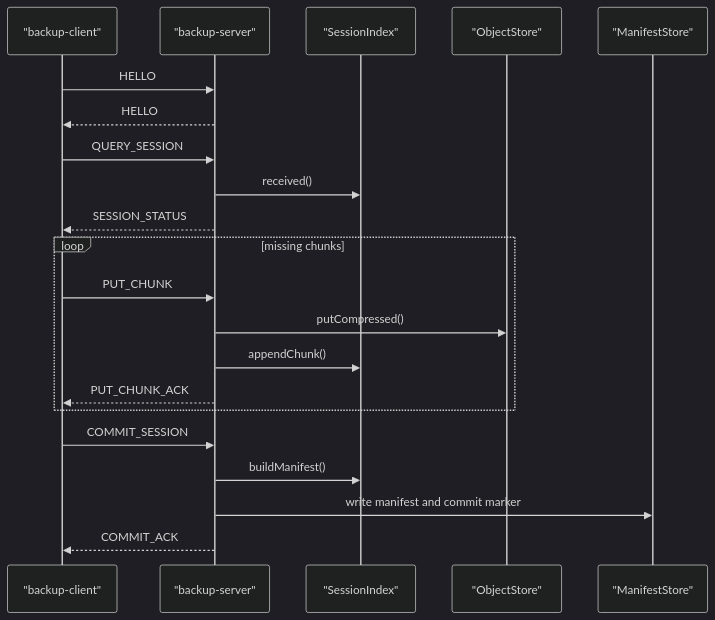
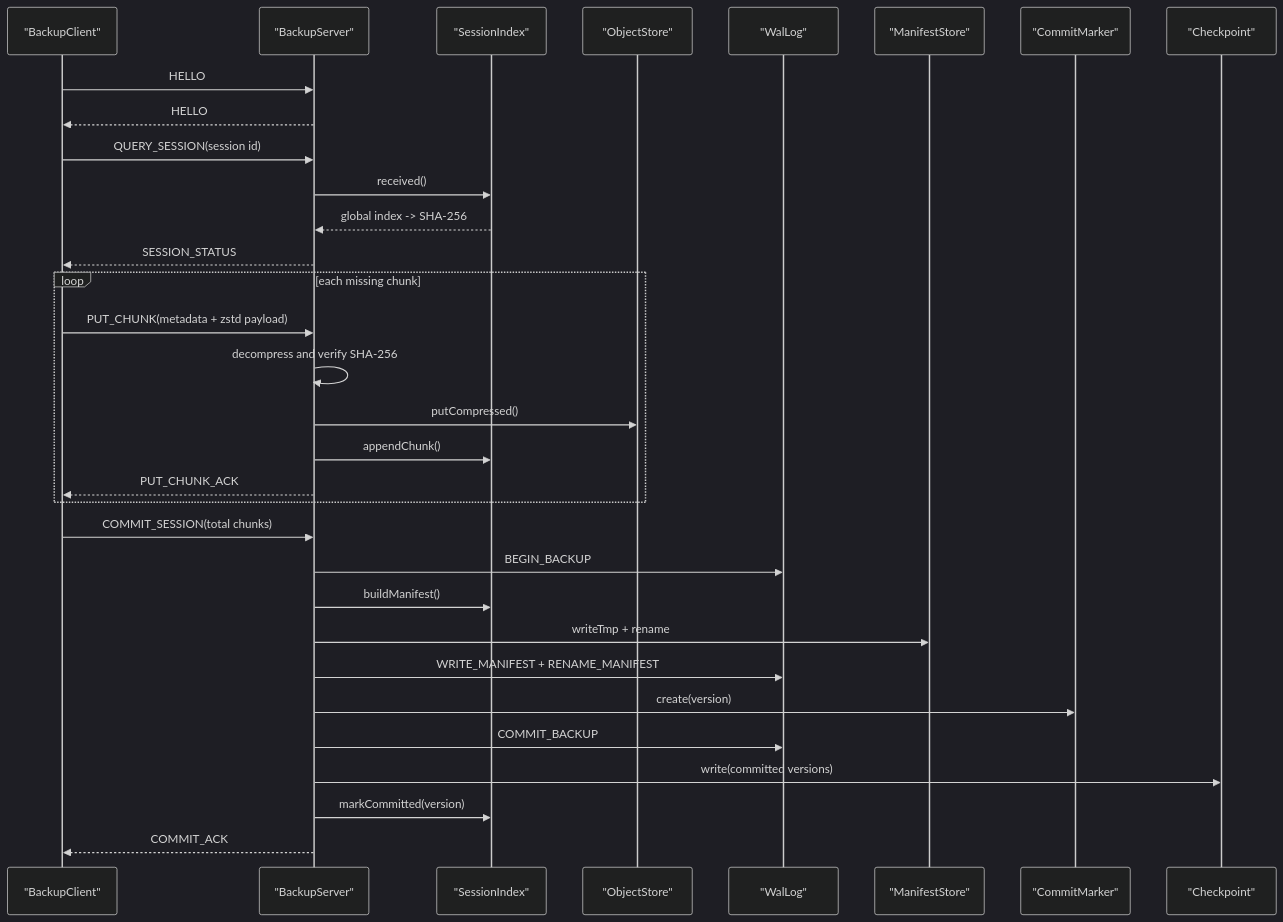
The fourth of 7 diagrams in docs/diagrams.md (JiaChangGit/cpp-data-protection-core), drawn with Mermaid (dark theme) before and after one commit. The commit also changed other lines of this file and 23 other files, not shown here.

````diff
--- a/docs/diagrams.md
+++ b/docs/diagrams.md
@@ -78,24 +99,35 @@
 ```mermaid
 sequenceDiagram
-    participant C as "backup-client"
-    participant S as "backup-server"
+    participant C as "BackupClient"
+    participant S as "BackupServer"
     participant SI as "SessionIndex"
     participant OS as "ObjectStore"
+    participant WAL as "WalLog"
     participant MS as "ManifestStore"
+    participant CM as "CommitMarker"
+    participant CP as "Checkpoint"
 
     C->>S: HELLO
     S-->>C: HELLO
-    C->>S: QUERY_SESSION
+    C->>S: QUERY_SESSION(session id)
     S->>SI: received()
+    SI-->>S: global index -> SHA-256
     S-->>C: SESSION_STATUS
-    loop missing chunks
-        C->>S: PUT_CHUNK
+    loop each missing chunk
+        C->>S: PUT_CHUNK(metadata + zstd payload)
+        S->>S: decompress and verify SHA-256
         S->>OS: putCompressed()
         S->>SI: appendChunk()
         S-->>C: PUT_CHUNK_ACK
     end
-    C->>S: COMMIT_SESSION
+    C->>S: COMMIT_SESSION(total chunks)
+    S->>WAL: BEGIN_BACKUP
     S->>SI: buildManifest()
-    S->>MS: write manifest and commit marker
+    S->>MS: writeTmp + rename
+    S->>WAL: WRITE_MANIFEST + RENAME_MANIFEST
+    S->>CM: create(version)
+    S->>WAL: COMMIT_BACKUP
+    S->>CP: write(committed versions)
+    S->>SI: markCommitted(version)
     S-->>C: COMMIT_ACK
 ```
````
